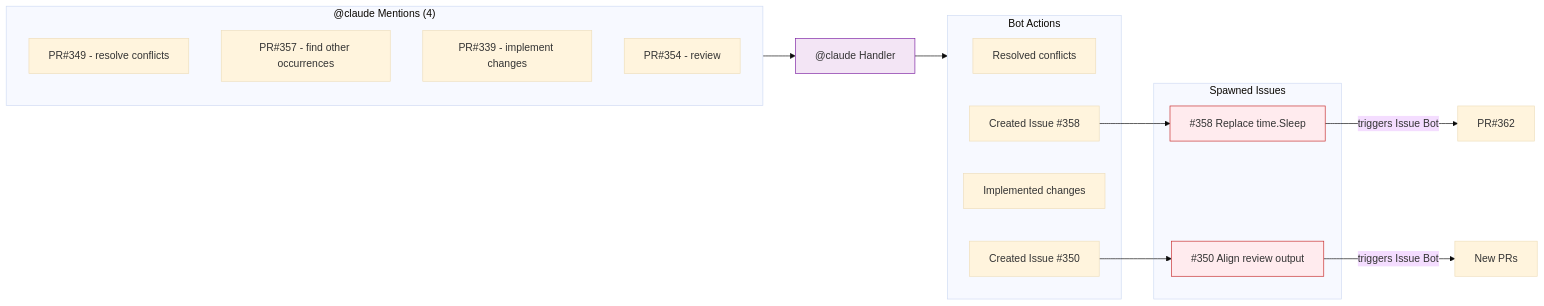
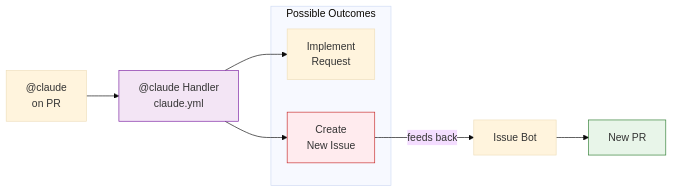
One commit to NickBorgers/home-automation changed the third of 6 diagrams in docs/operations/AUTOMATION_INTERACTIONS_2026-01-02.md. Above: the diagram before and after it, drawn with Mermaid (base theme). The commit also changed other lines of this file, not shown here.

First line of the commit message:
docs: simplify diagrams for better GitHub rendering

````diff
--- a/docs/operations/AUTOMATION_INTERACTIONS_2026-01-02.md
+++ b/docs/operations/AUTOMATION_INTERACTIONS_2026-01-02.md
@@ -119,34 +108,20 @@
 ```mermaid
 flowchart LR
-    subgraph Mentions["@claude Mentions (4)"]
-        M1["PR#349 - resolve conflicts"]
-        M2["PR#357 - find other occurrences"]
-        M3["PR#339 - implement changes"]
-        M4["PR#354 - review"]
+    Mention["@claude<br/>on PR"]
+    Handler["@claude Handler<br/>claude.yml"]
+
+    subgraph Outcomes["Possible Outcomes"]
+        Action["Implement<br/>Request"]
+        NewIssue["Create<br/>New Issue"]
     end
 
-    MentionBot["@claude Handler"]
+    Mention --> Handler
+    Handler --> Action
+    Handler --> NewIssue
+    NewIssue -->|"feeds back"| IssueBot["Issue Bot"]
+    IssueBot --> NewPR["New PR"]
 
-    subgraph Actions["Bot Actions"]
-        A1["Resolved conflicts"]
-        A2["Created Issue #358"]
-        A3["Implemented changes"]
-        A4["Created Issue #350"]
-    end
-
-    subgraph Spawned["Spawned Issues"]
-        I350["#350 Align review output"]
-        I358["#358 Replace time.Sleep"]
-    end
-
-    Mentions --> MentionBot
-    MentionBot --> Actions
-    A2 --> I358
-    A4 --> I350
-    I350 -->|triggers Issue Bot| PR_NEW1["New PRs"]
-    I358 -->|triggers Issue Bot| PR_NEW2["PR#362"]
-
-    style MentionBot fill:#f3e5f5,stroke:#7b1fa2
-    style I350 fill:#ffebee,stroke:#c62828
-    style I358 fill:#ffebee,stroke:#c62828
+    style Handler fill:#f3e5f5,stroke:#7b1fa2
+    style NewIssue fill:#ffebee,stroke:#c62828
+    style NewPR fill:#e8f5e9,stroke:#2e7d32
 ```
````
